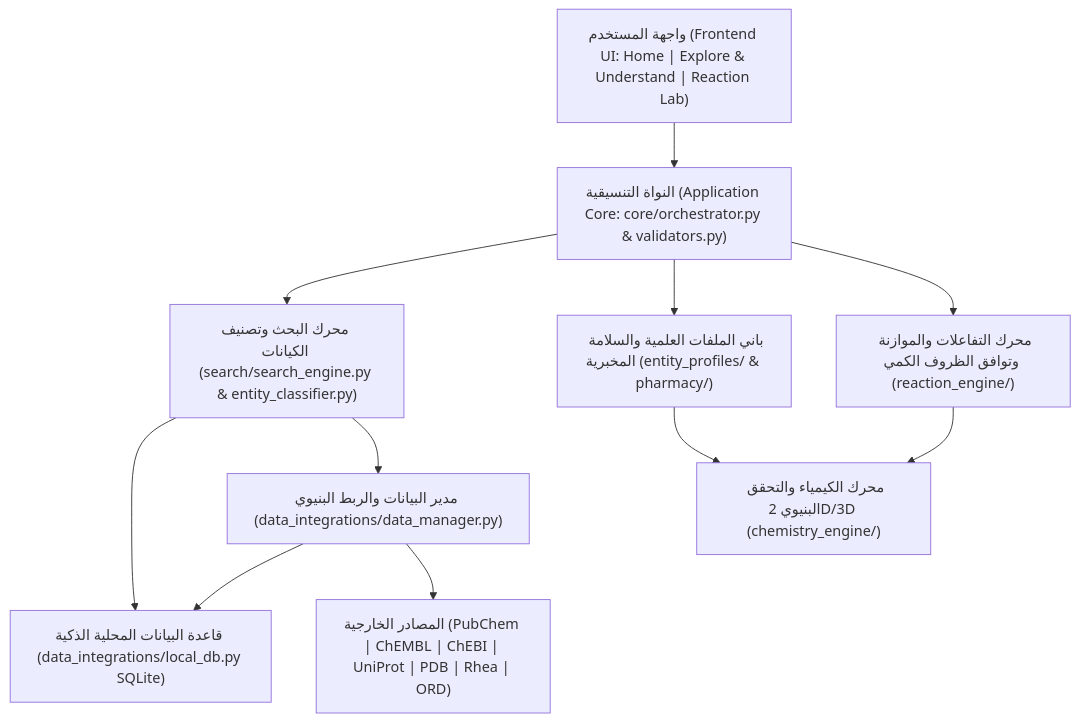
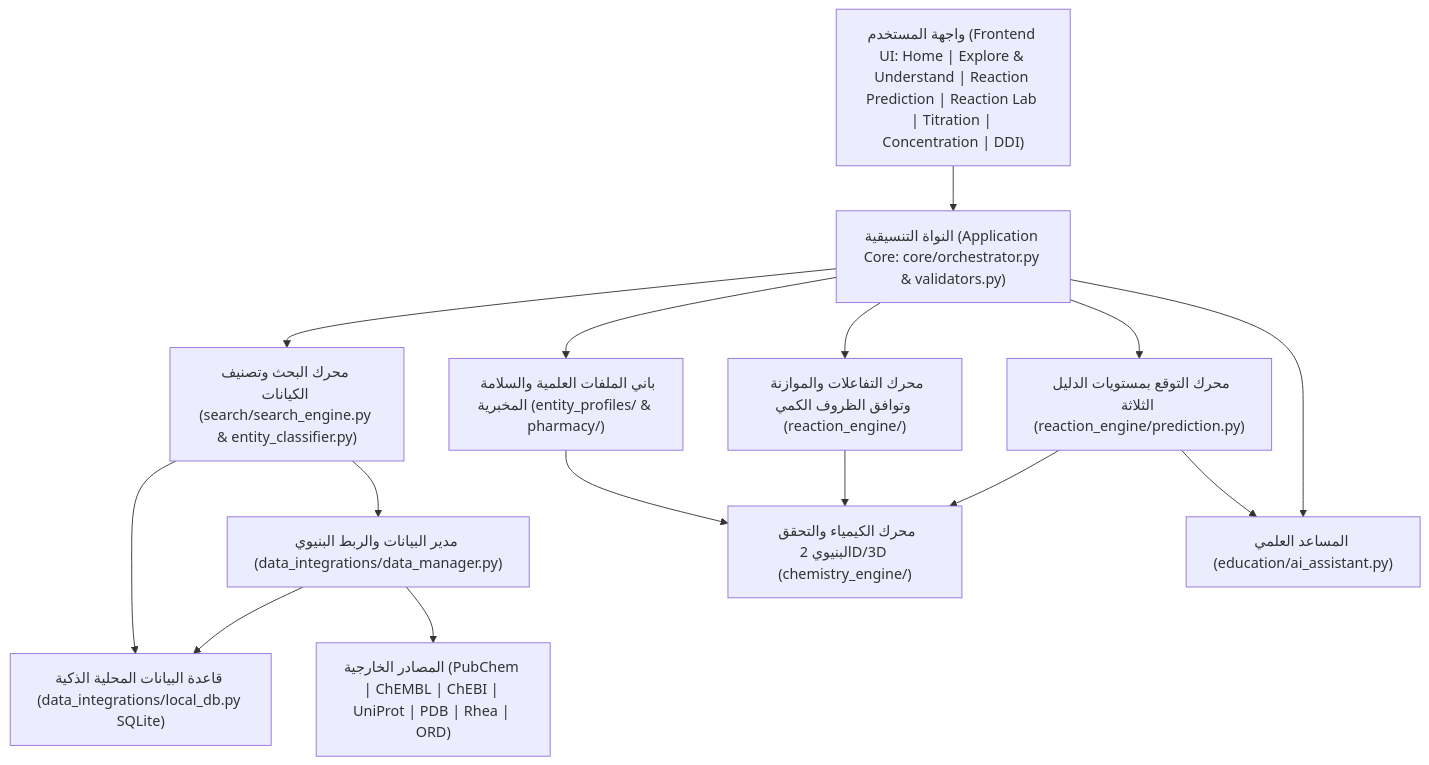
The diagram in README.md (a-muaafa/Moleculens-), drawn with Mermaid before and after one commit. The commit also changed other lines of this file and 14 other files, not shown here.

````diff
--- a/README.md
+++ b/README.md
@@ -73,23 +83,29 @@
 ```mermaid
 flowchart TD
-    UI["واجهة المستخدم (Frontend UI: Home | Explore & Understand | Reaction Lab)"]
+    UI["واجهة المستخدم (Frontend UI: Home | Explore & Understand | Reaction Prediction | Reaction Lab | Titration | Concentration | DDI)"]
     CORE["النواة التنسيقية (Application Core: core/orchestrator.py & validators.py)"]
     SRCH["محرك البحث وتصنيف الكيانات (search/search_engine.py & entity_classifier.py)"]
     LDB["قاعدة البيانات المحلية الذكية (data_integrations/local_db.py SQLite)"]
     DM["مدير البيانات والربط البنيوي (data_integrations/data_manager.py)"]
     PROF["باني الملفات العلمية والسلامة المخبرية (entity_profiles/ & pharmacy/)"]
     CHEM["محرك الكيمياء والتحقق البنيوي 2D/3D (chemistry_engine/)"]
     RXN["محرك التفاعلات والموازنة وتوافق الظروف الكمي (reaction_engine/)"]
+    PRED["محرك التوقع بمستويات الدليل الثلاثة (reaction_engine/prediction.py)"]
+    AI["المساعد العلمي (education/ai_assistant.py)"]
     EXT["المصادر الخارجية (PubChem | ChEMBL | ChEBI | UniProt | PDB | Rhea | ORD)"]
 
     UI --> CORE
     CORE --> SRCH
     CORE --> PROF
     CORE --> RXN
+    CORE --> PRED
+    CORE --> AI
     SRCH --> LDB
     SRCH --> DM
     DM --> LDB
     DM --> EXT
     PROF --> CHEM
     RXN --> CHEM
+    PRED --> CHEM
+    PRED --> AI
 ```
````
